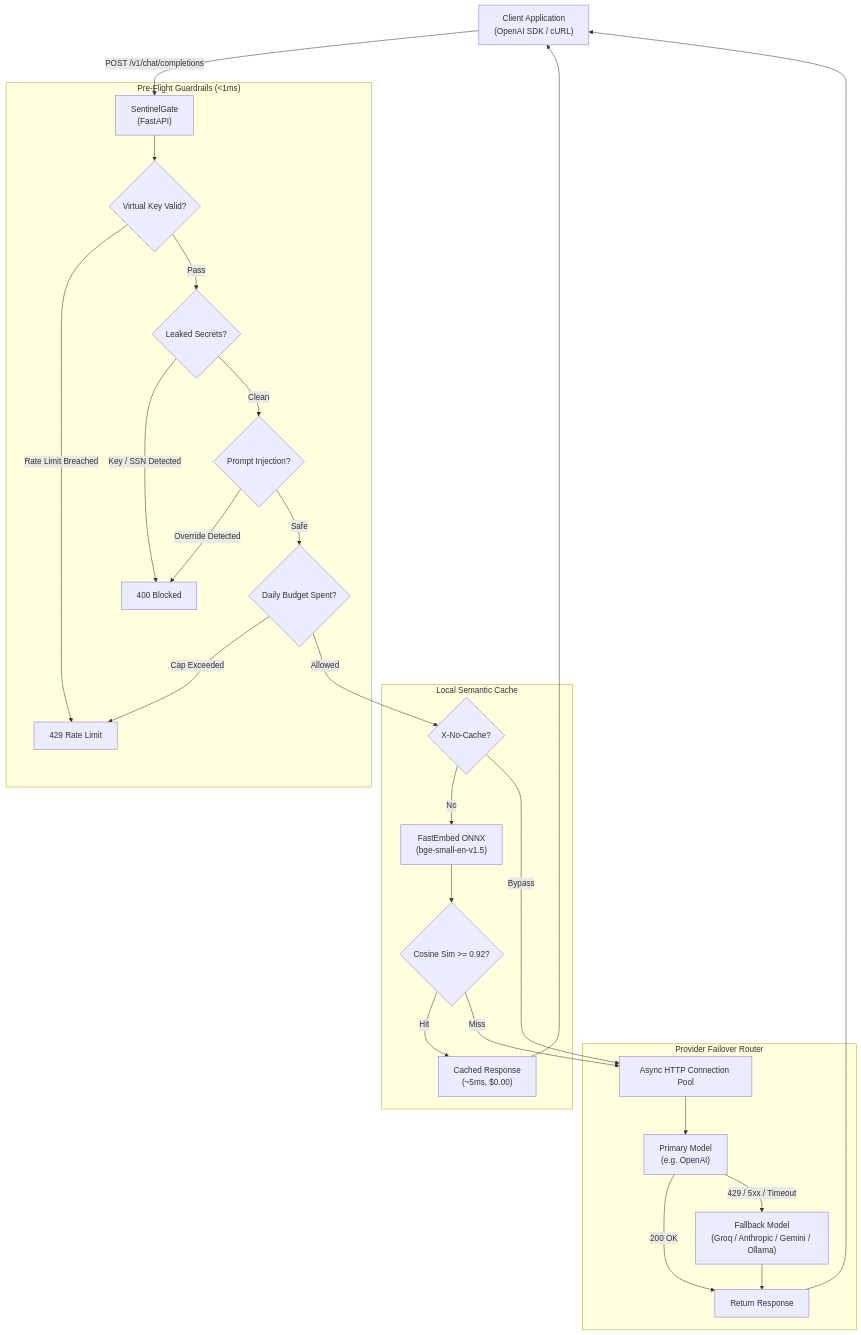
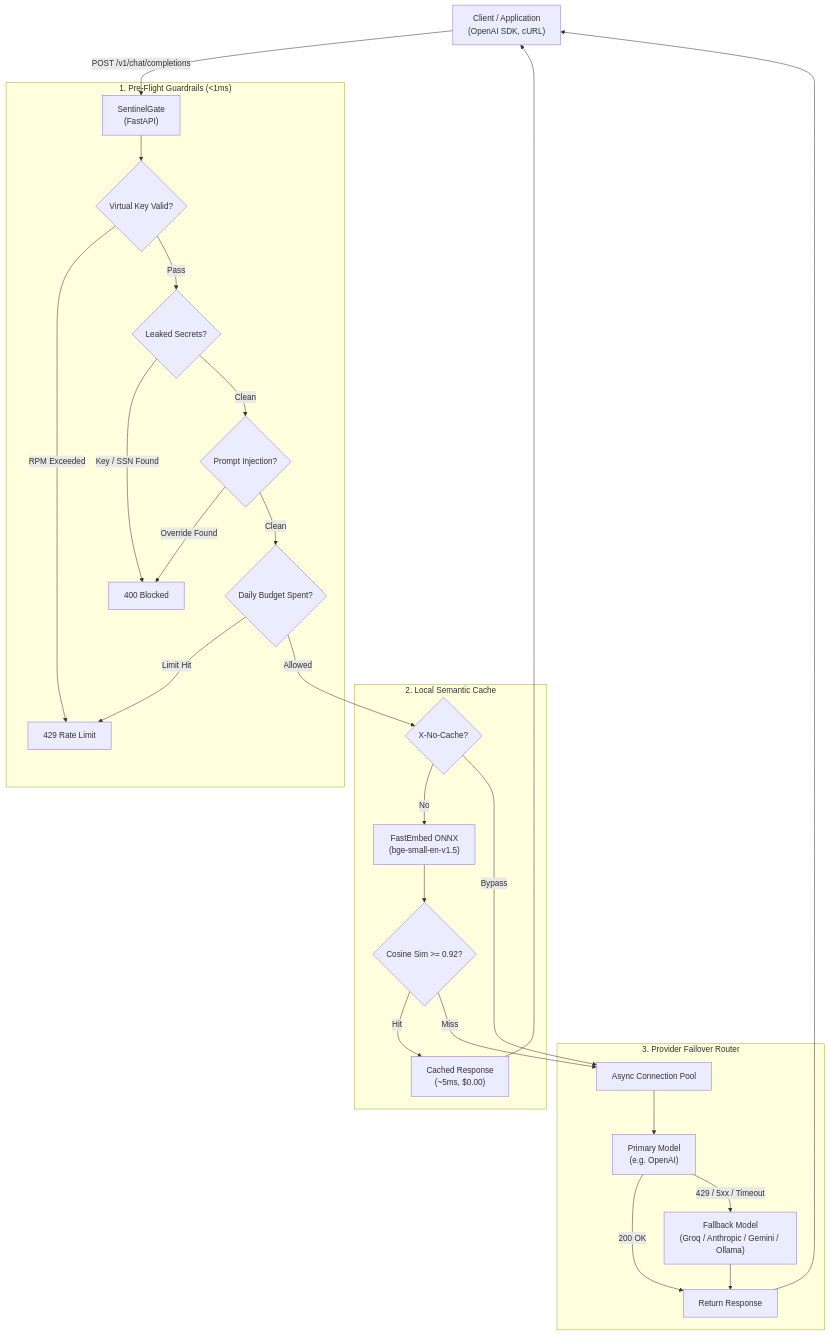
The diagram in README.md (giridhar2005/sentinelgate), drawn with Mermaid before and after one commit. The commit also changed other lines of this file and 2 other files, not shown here.

````diff
--- a/README.md
+++ b/README.md
@@ -24,34 +53,34 @@
 ```mermaid
 flowchart TD
-    Client["Client Application\n(OpenAI SDK / cURL)"] -->|"POST /v1/chat/completions"| GW["SentinelGate\n(FastAPI)"]
+    Client["Client / Application\n(OpenAI SDK, cURL)"] -->|"POST /v1/chat/completions"| GW["SentinelGate\n(FastAPI)"]
 
-    subgraph Security ["Pre-Flight Guardrails (<1ms)"]
+    subgraph Security ["1. Pre-Flight Guardrails (<1ms)"]
         GW --> KeyCheck{"Virtual Key Valid?"}
-        KeyCheck -->|"Rate Limit Breached"| R429["429 Rate Limit"]
+        KeyCheck -->|"RPM Exceeded"| R429["429 Rate Limit"]
         KeyCheck -->|"Pass"| SecretCheck{"Leaked Secrets?"}
-        SecretCheck -->|"Key / SSN Detected"| R400["400 Blocked"]
+        SecretCheck -->|"Key / SSN Found"| R400["400 Blocked"]
         SecretCheck -->|"Clean"| InjectCheck{"Prompt Injection?"}
-        InjectCheck -->|"Override Detected"| R400
-        InjectCheck -->|"Safe"| BudgetCheck{"Daily Budget Spent?"}
-        BudgetCheck -->|"Cap Exceeded"| R429
+        InjectCheck -->|"Override Found"| R400
+        InjectCheck -->|"Clean"| BudgetCheck{"Daily Budget Spent?"}
+        BudgetCheck -->|"Limit Hit"| R429
     end
 
-    subgraph Caching ["Local Semantic Cache"]
+    subgraph Caching ["2. Local Semantic Cache"]
         BudgetCheck -->|"Allowed"| CacheCheck{"X-No-Cache?"}
         CacheCheck -->|"No"| FastEmbed["FastEmbed ONNX\n(bge-small-en-v1.5)"]
         FastEmbed --> Cosine{"Cosine Sim >= 0.92?"}
         Cosine -->|"Hit"| CacheHit["Cached Response\n(~5ms, $0.00)"]
     end
 
-    subgraph Routing ["Provider Failover Router"]
-        Cosine -->|"Miss"| UpstreamPool["Async HTTP Connection Pool"]
+    subgraph Routing ["3. Provider Failover Router"]
+        Cosine -->|"Miss"| UpstreamPool["Async Connection Pool"]
         CacheCheck -->|"Bypass"| UpstreamPool
         UpstreamPool --> PrimaryCall["Primary Model\n(e.g. OpenAI)"]
         PrimaryCall -->|"200 OK"| ReturnResponse["Return Response"]
         PrimaryCall -->|"429 / 5xx / Timeout"| FallbackCall["Fallback Model\n(Groq / Anthropic / Gemini / Ollama)"]
         FallbackCall --> ReturnResponse
     end
 
     ReturnResponse --> Client
     CacheHit --> Client
 ```
````
